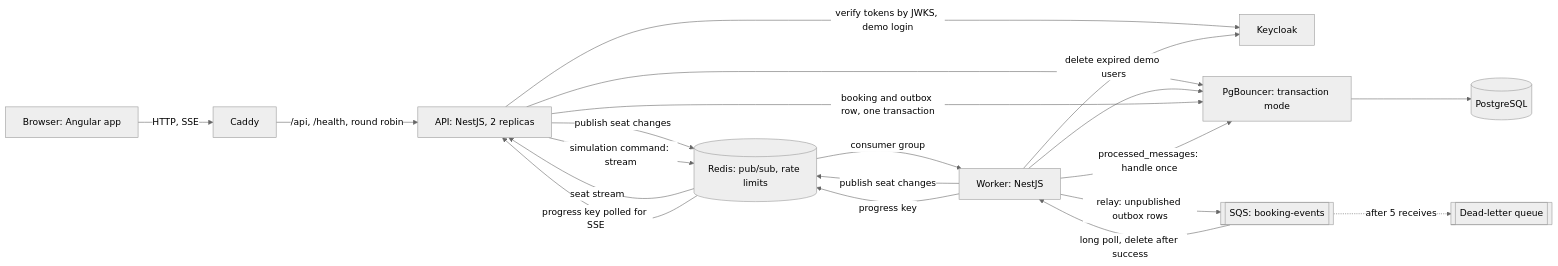
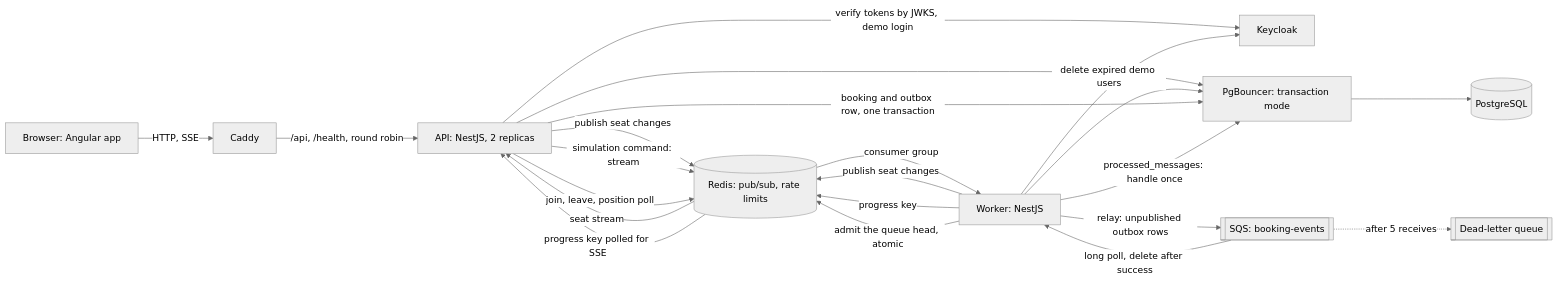
Before and after one commit to oguzbits/ticketmaster: the diagram in README.md, drawn with Mermaid (neutral theme). The commit also changed other lines of this file and 2 other files, not shown here.

````diff
--- a/README.md
+++ b/README.md
@@ -72,21 +81,23 @@
 ```mermaid
 flowchart LR
   browser[Browser: Angular app] -->|HTTP, SSE| caddy[Caddy]
   caddy -->|/api, /health, round robin| api[API: NestJS, 2 replicas]
   api -->|verify tokens by JWKS, demo login| keycloak[Keycloak]
   api --> pgbouncer[PgBouncer: transaction mode] --> postgres[(PostgreSQL)]
   api -->|publish seat changes| redis[(Redis: pub/sub, rate limits)]
   redis -->|seat stream| api
   worker[Worker: NestJS] --> pgbouncer
   worker -->|publish seat changes| redis
   worker -->|delete expired demo users| keycloak
   api -->|simulation command: stream| redis
   redis -->|consumer group| worker
   worker -->|progress key| redis
   redis -->|progress key polled for SSE| api
+  api -->|join, leave, position poll| redis
+  worker -->|admit the queue head, atomic| redis
   api -->|booking and outbox row, one transaction| pgbouncer
   worker -->|relay: unpublished outbox rows| queue[[SQS: booking-events]]
   queue -->|long poll, delete after success| worker
   queue -.->|after 5 receives| dlq[[Dead-letter queue]]
   worker -->|processed_messages: handle once| pgbouncer
 ```
````
